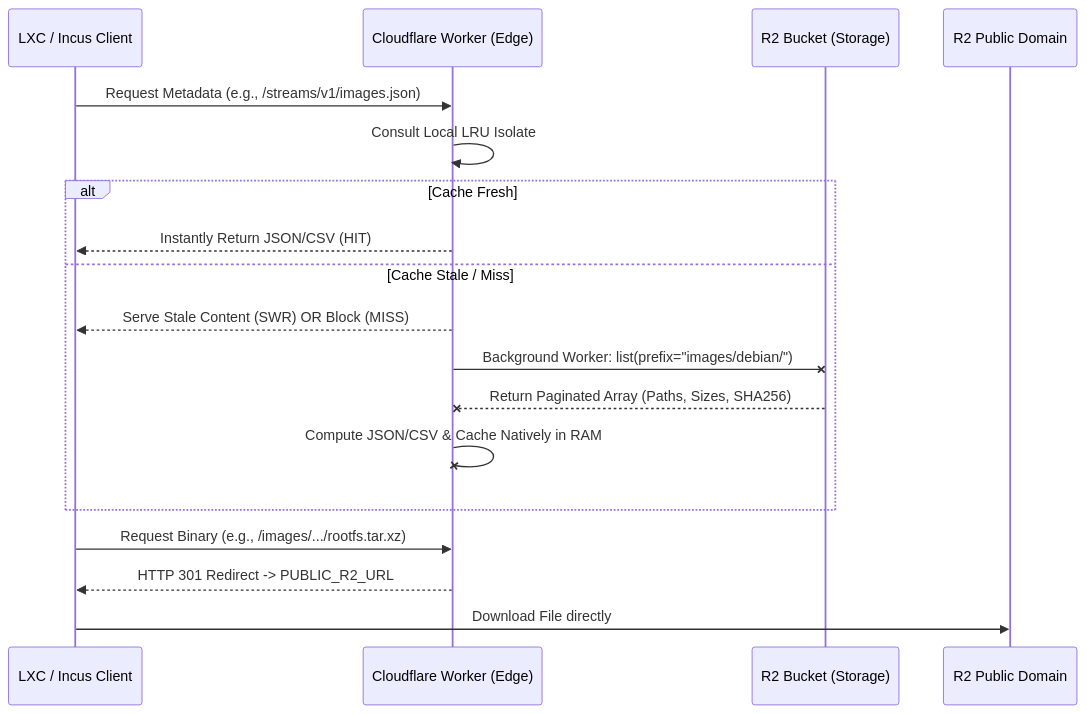
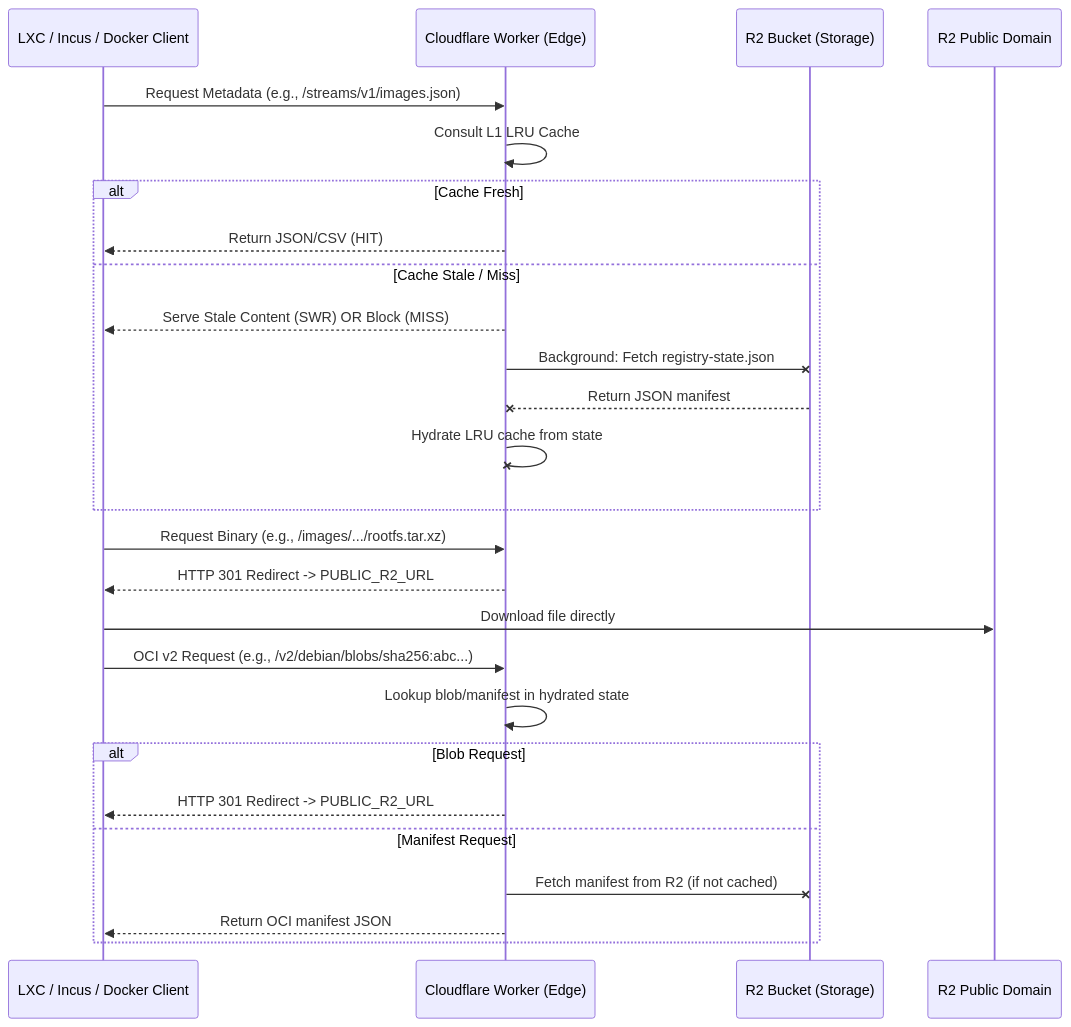
One commit to debthin/debthin changed the diagram in worker/images.md. Above: the diagram before and after it, drawn with Mermaid. The commit also changed other lines of this file and 7 other files, not shown here.

First line of the commit message:
refactor(images): size-based metadata cache and registry-state generation

````diff
--- a/worker/images.md
+++ b/worker/images.md
@@ -11,22 +11,31 @@
 ```mermaid
 sequenceDiagram
-    participant Client as LXC / Incus Client
+    participant Client as LXC / Incus / Docker Client
     participant Edge as Cloudflare Worker (Edge)
     participant R2 as R2 Bucket (Storage)
     participant Public as R2 Public Domain
 
     Client->>Edge: Request Metadata (e.g., /streams/v1/images.json)
-    Edge->>Edge: Consult Local LRU Isolate
+    Edge->>Edge: Consult L1 LRU Cache
     alt Cache Fresh
-        Edge-->>Client: Instantly Return JSON/CSV (HIT)
+        Edge-->>Client: Return JSON/CSV (HIT)
     else Cache Stale / Miss
         Edge-->>Client: Serve Stale Content (SWR) OR Block (MISS)
-        Edge-xR2: Background Worker: list(prefix="images/debian/")
-        R2--xEdge: Return Paginated Array (Paths, Sizes, SHA256)
-        Edge-xEdge: Compute JSON/CSV & Cache Natively in RAM
+        Edge-xR2: Background: Fetch registry-state.json
+        R2--xEdge: Return JSON manifest
+        Edge-xEdge: Hydrate LRU cache from state
     end
-    
+
     Client->>Edge: Request Binary (e.g., /images/.../rootfs.tar.xz)
     Edge-->>Client: HTTP 301 Redirect -> PUBLIC_R2_URL
-    Client->>Public: Download File directly
+    Client->>Public: Download file directly
+
+    Client->>Edge: OCI v2 Request (e.g., /v2/debian/blobs/sha256:abc...)
+    Edge->>Edge: Lookup blob/manifest in hydrated state
+    alt Blob Request
+        Edge-->>Client: HTTP 301 Redirect -> PUBLIC_R2_URL
+    else Manifest Request
+        Edge-xR2: Fetch manifest from R2 (if not cached)
+        Edge-->>Client: Return OCI manifest JSON
+    end
 ```
````
